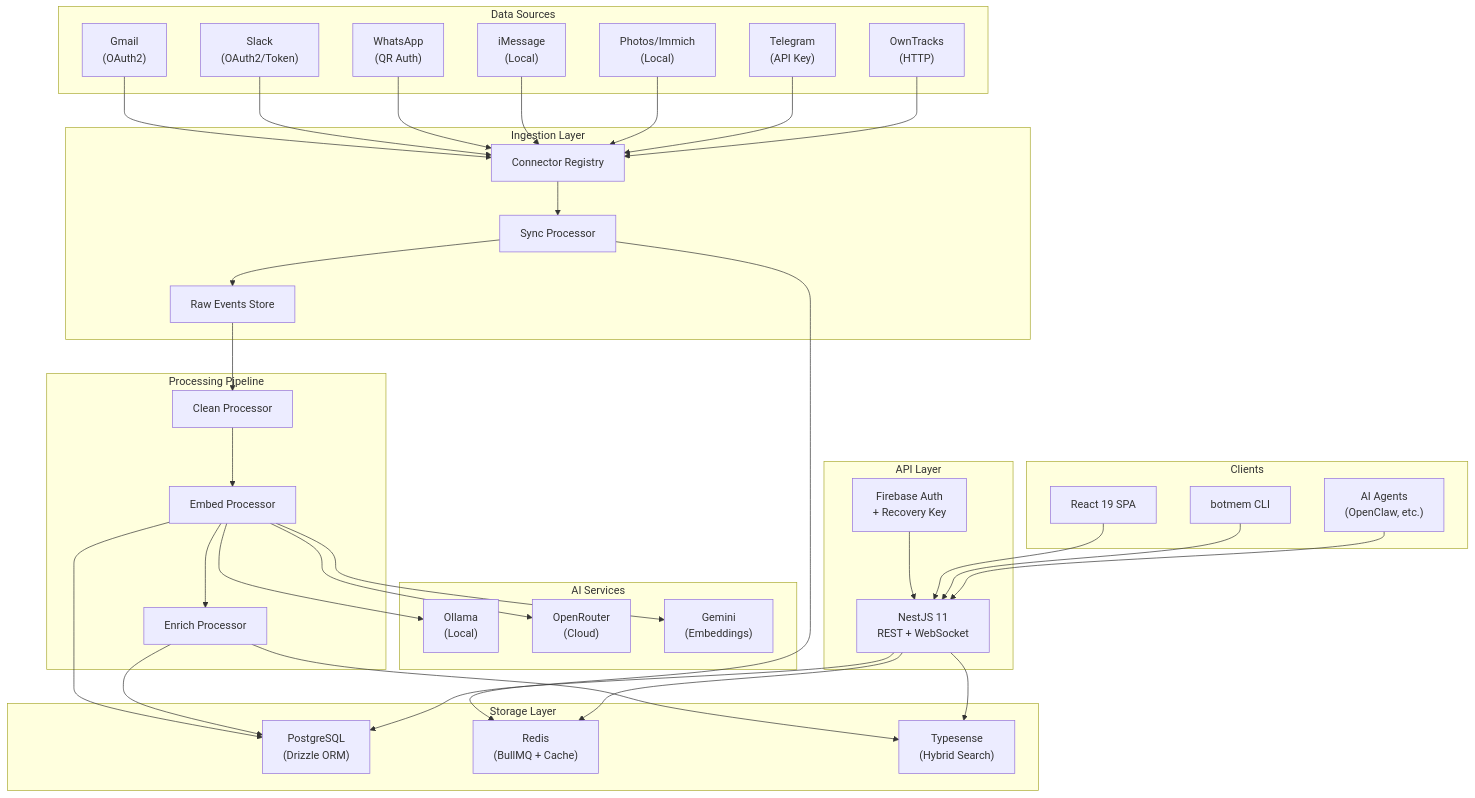
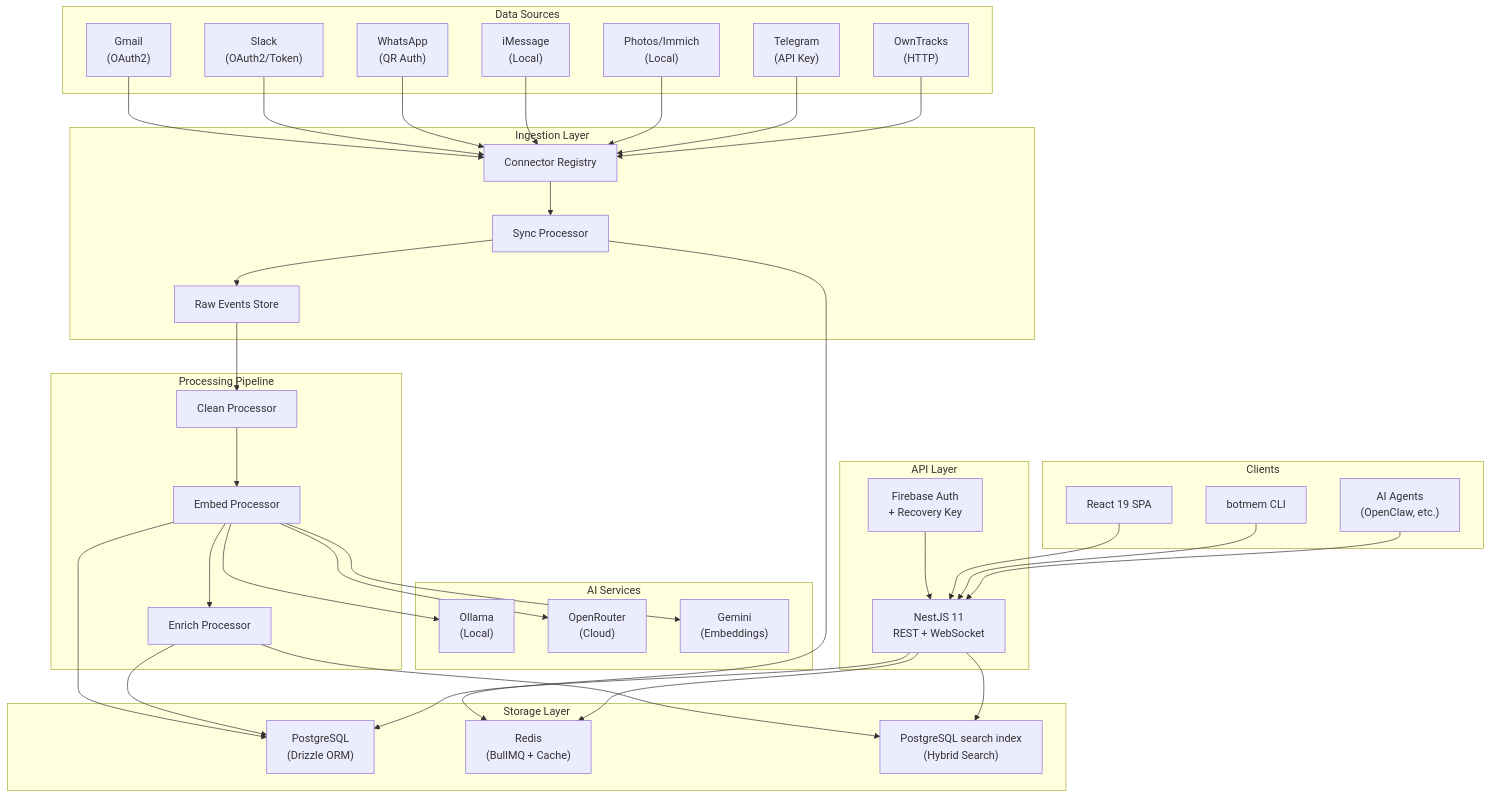
The first of 5 diagrams in docs/architecture/HLD.md (botmem/botmem), drawn with Mermaid before and after one commit. The commit also changed other lines of this file and 117 other files, not shown here.

Commit message:
feat: move search index into postgres

````diff
--- a/docs/architecture/HLD.md
+++ b/docs/architecture/HLD.md
@@ -7,60 +7,60 @@
 ```mermaid
 graph TB
     subgraph "Data Sources"
         Gmail["Gmail<br/>(OAuth2)"]
         Slack["Slack<br/>(OAuth2/Token)"]
         WA["WhatsApp<br/>(QR Auth)"]
         iMsg["iMessage<br/>(Local)"]
         Photos["Photos/Immich<br/>(Local)"]
         Telegram["Telegram<br/>(API Key)"]
         Locations["OwnTracks<br/>(HTTP)"]
     end
 
     subgraph "Ingestion Layer"
         ConnRegistry["Connector Registry"]
         SyncProc["Sync Processor"]
         RawEvents["Raw Events Store"]
     end
 
     subgraph "Processing Pipeline"
         CleanProc["Clean Processor"]
         EmbedProc["Embed Processor"]
         EnrichProc["Enrich Processor"]
     end
 
     subgraph "Storage Layer"
         PG["PostgreSQL<br/>(Drizzle ORM)"]
         Redis["Redis<br/>(BullMQ + Cache)"]
-        TS["Typesense<br/>(Hybrid Search)"]
+        TS["PostgreSQL search index<br/>(Hybrid Search)"]
     end
 
     subgraph "AI Services"
         Ollama["Ollama<br/>(Local)"]
         OpenRouter["OpenRouter<br/>(Cloud)"]
         Gemini["Gemini<br/>(Embeddings)"]
     end
 
     subgraph "API Layer"
         NestJS["NestJS 11<br/>REST + WebSocket"]
         AuthGuard["Firebase Auth<br/>+ Recovery Key"]
     end
 
     subgraph "Clients"
         WebApp["React 19 SPA"]
         CLI["botmem CLI"]
         Agents["AI Agents<br/>(OpenClaw, etc.)"]
     end
 
     Gmail & Slack & WA & iMsg & Photos & Telegram & Locations --> ConnRegistry
     ConnRegistry --> SyncProc
     SyncProc --> RawEvents
     RawEvents --> CleanProc --> EmbedProc --> EnrichProc
     EmbedProc --> PG
     EmbedProc --> Ollama & OpenRouter & Gemini
     EnrichProc --> TS
     EnrichProc --> PG
     SyncProc --> Redis
     NestJS --> PG & Redis & TS
     AuthGuard --> NestJS
     WebApp & CLI & Agents --> NestJS
 ```
````
